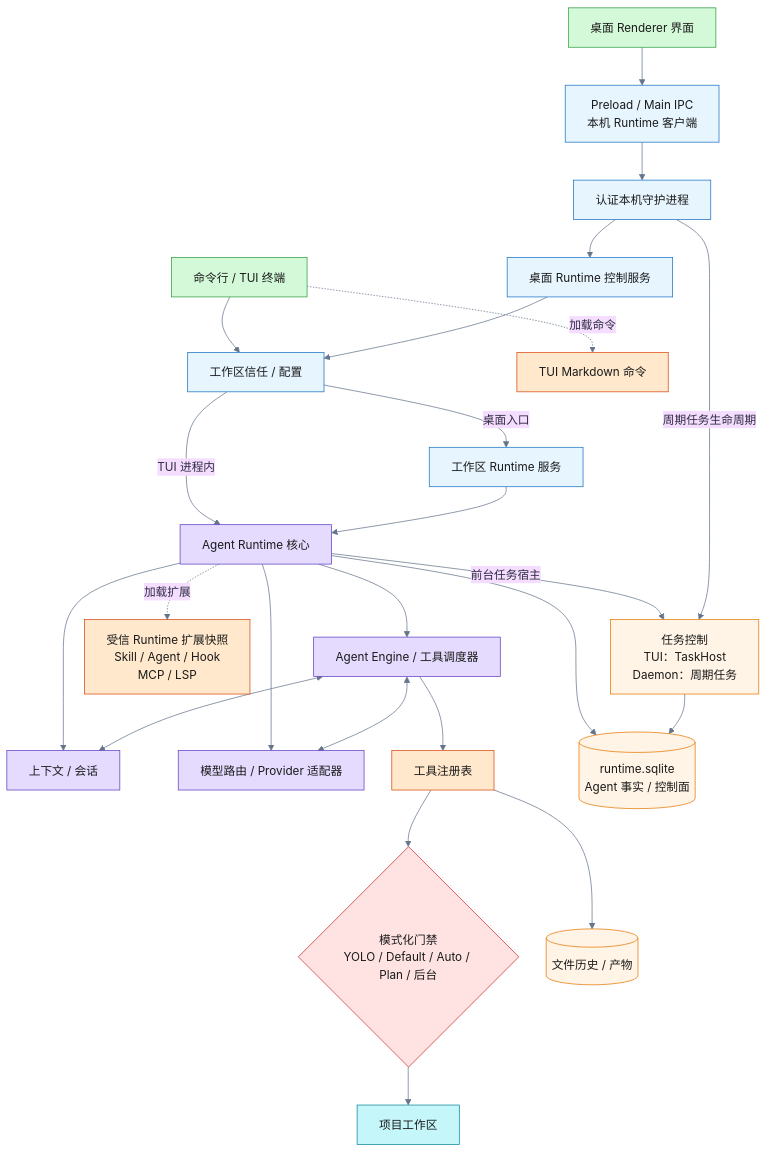
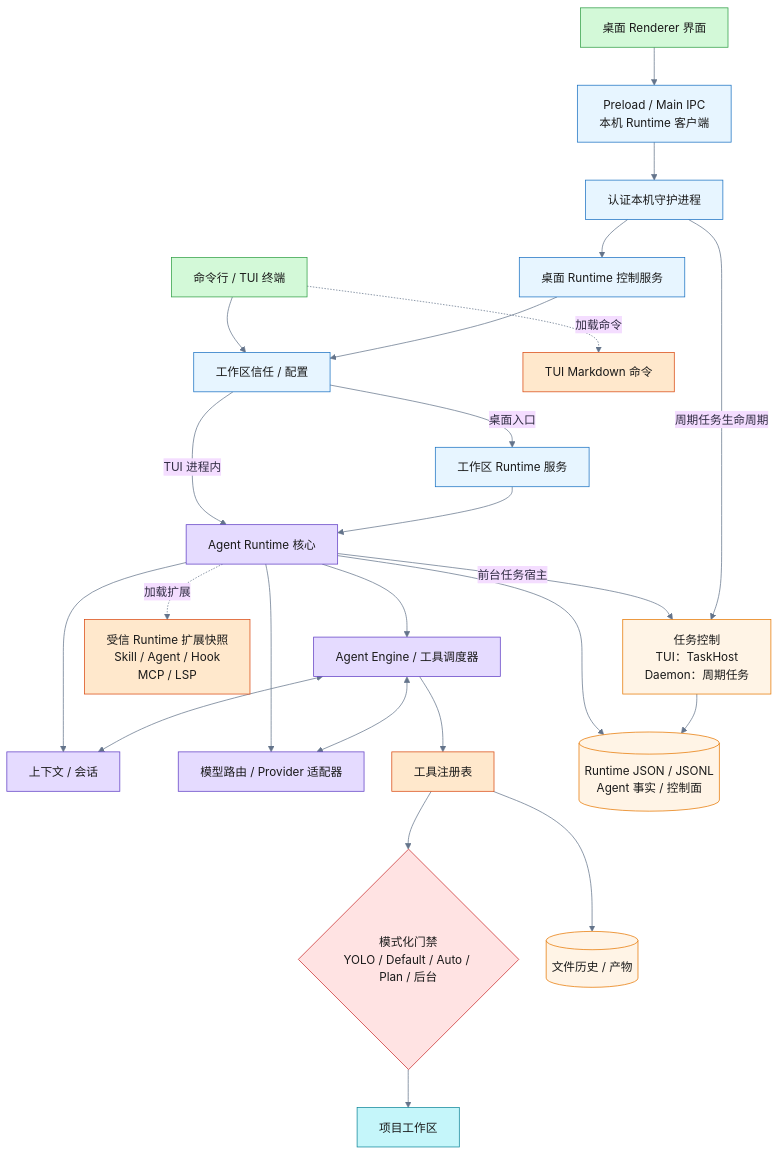
The diagram in docs/readme-assets/pico-harness-architecture.mmd (99Gaoxiaoqi/pico-harness), drawn with Mermaid before and after one commit. The commit also changed 80 other files, not shown here.

```diff
--- a/docs/readme-assets/pico-harness-architecture.mmd
+++ b/docs/readme-assets/pico-harness-architecture.mmd
@@ -1,59 +1,59 @@
 %%{init: {"theme":"base","themeVariables":{"background":"#F8F9FA","fontFamily":"Arial, PingFang SC, sans-serif","lineColor":"#64748B","primaryTextColor":"#2F2B42"},"flowchart":{"curve":"basis","nodeSpacing":38,"rankSpacing":52}}}%%
 flowchart TB
   TUI["命令行 / TUI 终端"]
   DESKTOP["桌面 Renderer 界面"]
 
   BRIDGE["Preload / Main IPC<br/>本机 Runtime 客户端"]
   DAEMON["认证本机守护进程"]
   DRS["桌面 Runtime 控制服务"]
   TRUST["工作区信任 / 配置"]
   WRS["工作区 Runtime 服务"]
 
   RUNTIME["Agent Runtime 核心"]
   ENGINE["Agent Engine / 工具调度器"]
   CONTEXT["上下文 / 会话"]
   PROVIDER["模型路由 / Provider 适配器"]
   REGISTRY["工具注册表"]
   GATES{"模式化门禁<br/>YOLO / Default / Auto / Plan / 后台"}
 
   EXT["受信 Runtime 扩展快照<br/>Skill / Agent / Hook<br/>MCP / LSP"]
   COMMANDS["TUI Markdown 命令"]
   TASKS["任务控制<br/>TUI：TaskHost<br/>Daemon：周期任务"]
   PROJECT["项目工作区"]
-  DATABASE[("runtime.sqlite<br/>Agent 事实 / 控制面")]
+  DATABASE[("Runtime JSON / JSONL<br/>Agent 事实 / 控制面")]
   SIDECAR[("文件历史 / 产物")]
 
   TUI --> TRUST
   DESKTOP --> BRIDGE --> DAEMON --> DRS --> TRUST
   TRUST -->|TUI 进程内| RUNTIME
   TRUST -->|桌面入口| WRS --> RUNTIME
 
   RUNTIME --> ENGINE
   RUNTIME --> CONTEXT
   RUNTIME --> PROVIDER
   ENGINE <--> CONTEXT
   ENGINE <--> PROVIDER
   ENGINE --> REGISTRY --> GATES --> PROJECT
 
   RUNTIME -.->|加载扩展| EXT
   TUI -.->|加载命令| COMMANDS
   RUNTIME -->|前台任务宿主| TASKS
   DAEMON -->|周期任务生命周期| TASKS
   RUNTIME --> DATABASE
   TASKS --> DATABASE
   REGISTRY --> SIDECAR
 
   classDef input fill:#d3f9d8,stroke:#2f9e44,color:#1a1a1a
   classDef process fill:#e5dbff,stroke:#5f3dc4,color:#1a1a1a
   classDef decision fill:#ffe3e3,stroke:#c92a2a,color:#1a1a1a
   classDef action fill:#ffe8cc,stroke:#d9480f,color:#1a1a1a
   classDef output fill:#c5f6fa,stroke:#0c8599,color:#1a1a1a
   classDef storage fill:#fff4e6,stroke:#e67700,color:#1a1a1a
   classDef meta fill:#e7f5ff,stroke:#1971c2,color:#1a1a1a
   class TUI,DESKTOP input
   class RUNTIME,ENGINE,CONTEXT,PROVIDER process
   class GATES decision
   class REGISTRY,EXT,COMMANDS action
   class PROJECT output
   class DATABASE,TASKS,SIDECAR storage
   class BRIDGE,DAEMON,DRS,TRUST,WRS meta
```
